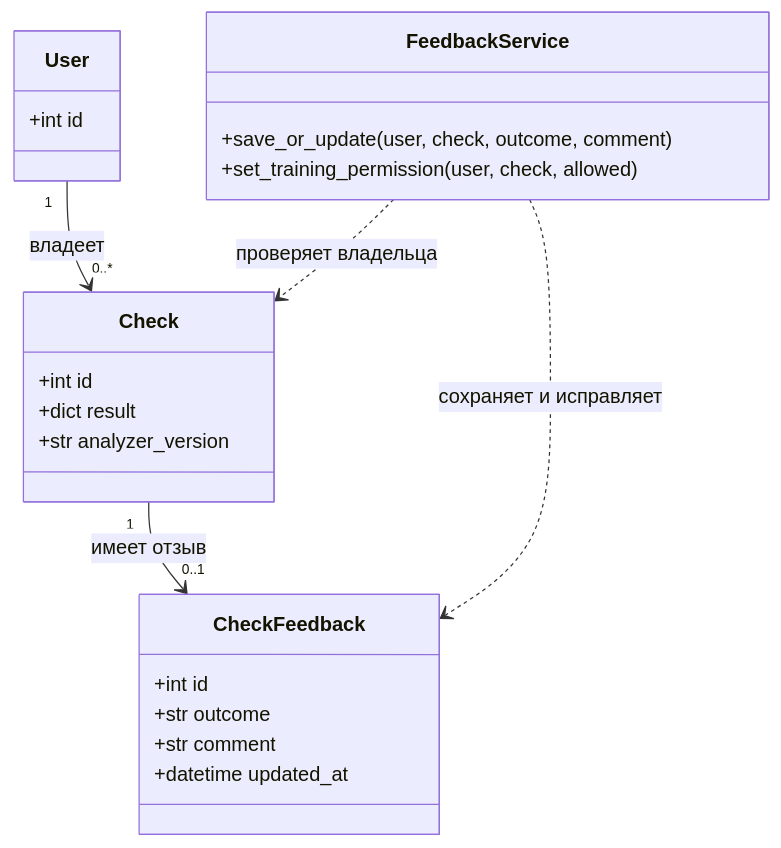
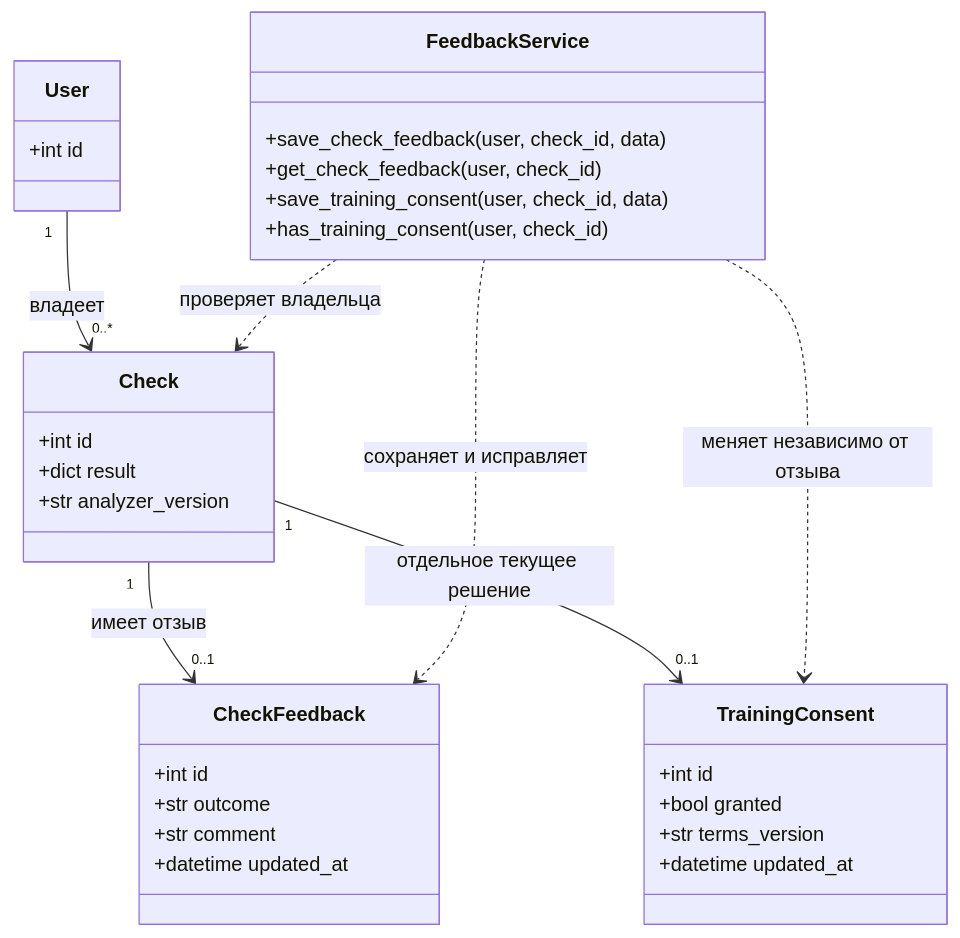
Diagram 14 of 14 in kharchenko_diagrams.md (dzprht/alphago1v), drawn with Mermaid before and after one commit. The commit also changed other lines of this file and 14 other files, not shown here.

````diff
--- a/kharchenko_diagrams.md
+++ b/kharchenko_diagrams.md
@@ -324,25 +324,35 @@
 ```mermaid
 classDiagram
     class User {
         +int id
     }
     class Check {
         +int id
         +dict result
         +str analyzer_version
     }
     class CheckFeedback {
         +int id
         +str outcome
         +str comment
         +datetime updated_at
     }
+    class TrainingConsent {
+        +int id
+        +bool granted
+        +str terms_version
+        +datetime updated_at
+    }
     class FeedbackService {
-        +save_or_update(user, check, outcome, comment)
-        +set_training_permission(user, check, allowed)
+        +save_check_feedback(user, check_id, data)
+        +get_check_feedback(user, check_id)
+        +save_training_consent(user, check_id, data)
+        +has_training_consent(user, check_id)
     }
     User "1" --> "0..*" Check : владеет
     Check "1" --> "0..1" CheckFeedback : имеет отзыв
+    Check "1" --> "0..1" TrainingConsent : отдельное текущее решение
     FeedbackService ..> Check : проверяет владельца
     FeedbackService ..> CheckFeedback : сохраняет и исправляет
+    FeedbackService ..> TrainingConsent : меняет независимо от отзыва
 ```
````
